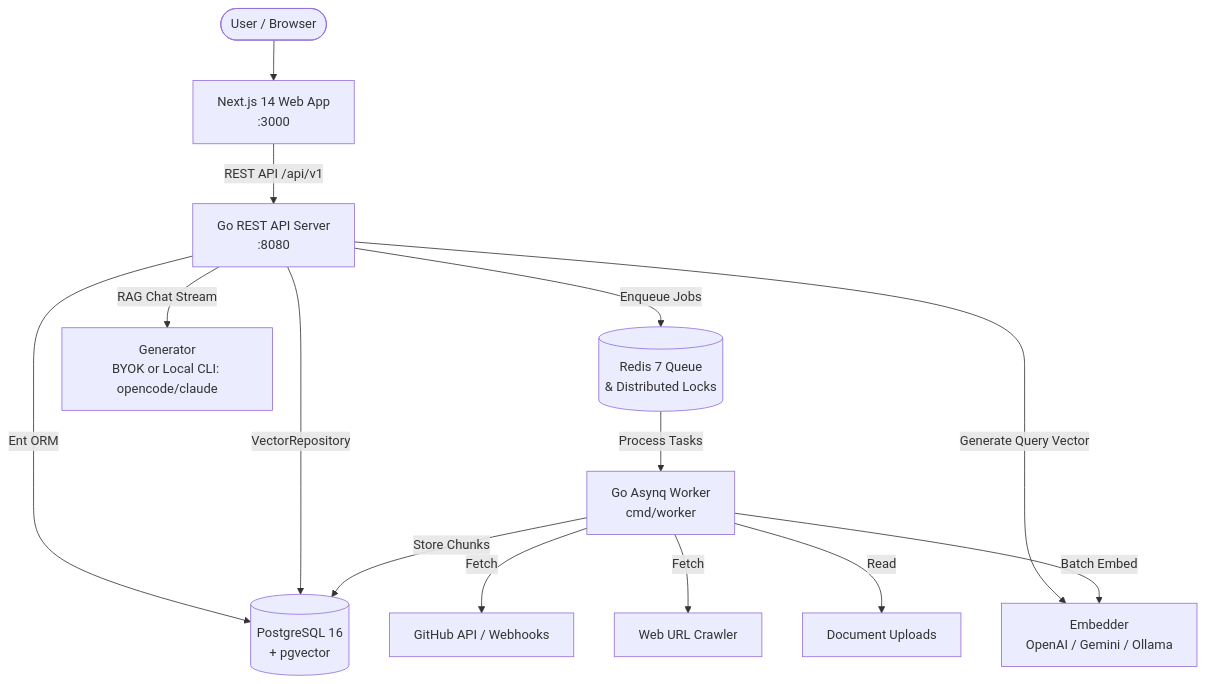
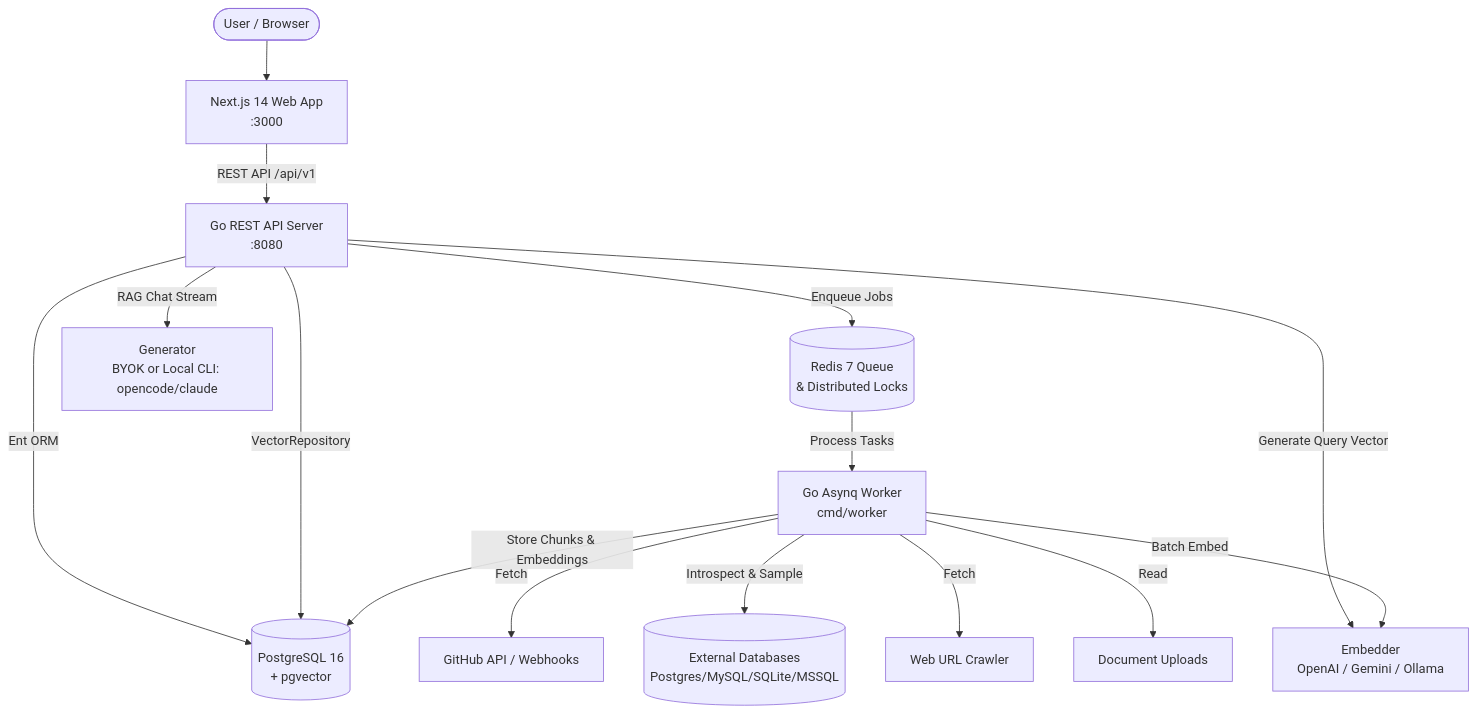
Before and after one commit to unknownjedi/contextforge: the diagram in README.md, drawn with Mermaid. The commit also changed other lines of this file and 77 other files, not shown here.

````diff
--- a/README.md
+++ b/README.md
@@ -33,33 +56,35 @@
 ```mermaid
 flowchart TD
     User([User / Browser])
     Web[Next.js 14 Web App\n:3000]
     API[Go REST API Server\n:8080]
     
     DB[(PostgreSQL 16\n+ pgvector)]
     Redis[(Redis 7 Queue\n& Distributed Locks)]
     Worker[Go Asynq Worker\ncmd/worker]
     
     GH[GitHub API / Webhooks]
+    ExtDB[(External Databases\nPostgres/MySQL/SQLite/MSSQL)]
     URLs[Web URL Crawler]
     Files[Document Uploads]
     
     Embed[Embedder\nOpenAI / Gemini / Ollama]
     LLM[Generator\nBYOK or Local CLI: opencode/claude]
     
     User --> Web
     Web -->|REST API /api/v1| API
     
     API -->|Ent ORM| DB
     API -->|VectorRepository| DB
     API -->|Enqueue Jobs| Redis
     API -->|Generate Query Vector| Embed
     API -->|RAG Chat Stream| LLM
     
     Redis -->|Process Tasks| Worker
     Worker -->|Fetch| GH
+    Worker -->|Introspect & Sample| ExtDB
     Worker -->|Fetch| URLs
     Worker -->|Read| Files
     Worker -->|Batch Embed| Embed
-    Worker -->|Store Chunks| DB
+    Worker -->|Store Chunks & Embeddings| DB
 ```
````
